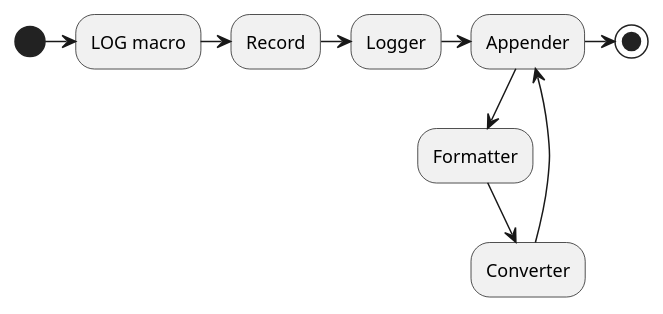
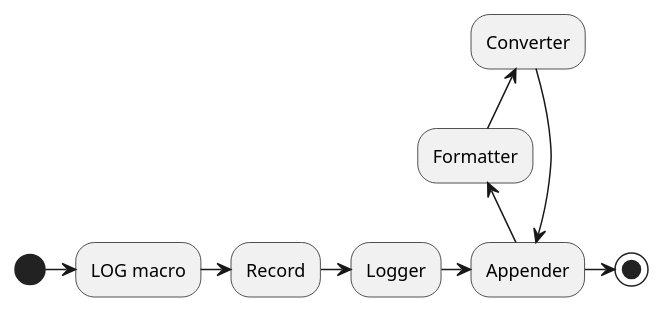
The diagram in activity_01.puml (Shogun-1/conferences-arch), drawn with PlantUML before and after one commit. The commit also changed 2 other files, not shown here.

```diff
--- a/activity_01.puml
+++ b/activity_01.puml
@@ -1,10 +1,10 @@
 @startuml
 (*) -r-> "LOG macro"
 -r-> "Record"
 -r-> "Logger"
 -r-> "Appender"
--d-> "Formatter"
--d-> "Converter"
--u-> "Appender"
+-u-> "Formatter"
+-u-> "Converter"
+-d-> "Appender"
 -r-> (*)
 @enduml
```
